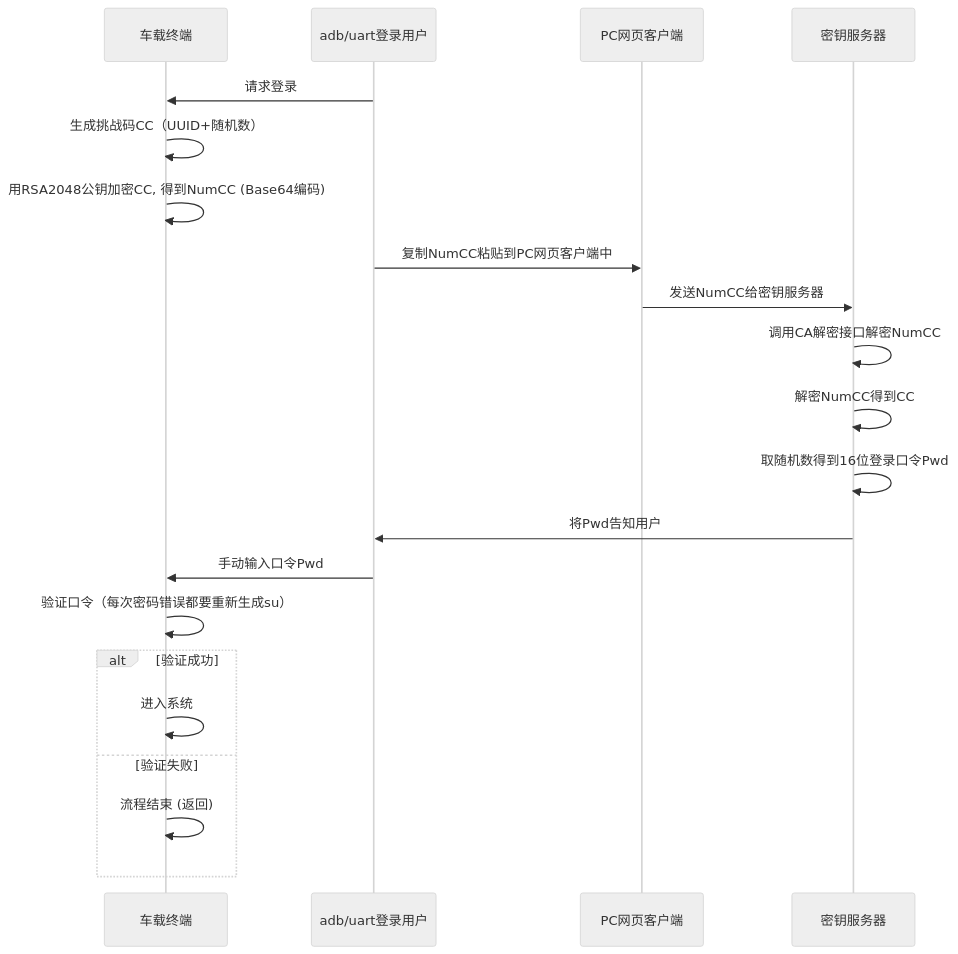
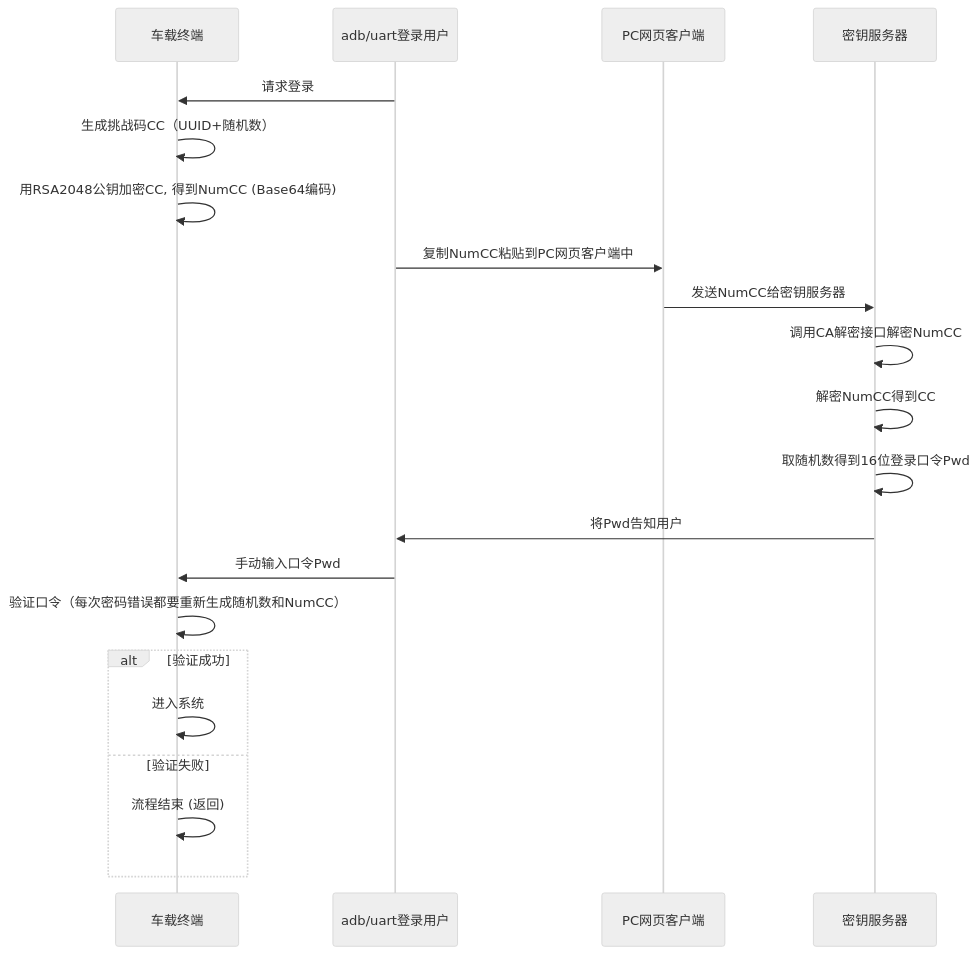
One commit to facebook-cloud/iodraw-files changed the diagram in all/未命名-16.md. Above: the diagram before and after it, drawn with Mermaid (neutral theme).

Commit message:
2026-02-05 18:00:50 update

````diff
--- a/all/未命名-16.md
+++ b/all/未命名-16.md
@@ -1,27 +1,27 @@
 ```mermaid
 sequenceDiagram
     participant tbox as 车载终端
     participant user as adb/uart登录用户
     participant pc as PC网页客户端
     participant tech_center as 密钥服务器
   
 
     user->>tbox: 请求登录
     tbox->>tbox: 生成挑战码CC（UUID+随机数）
     tbox->>tbox: 用RSA2048公钥加密CC, 得到NumCC (Base64编码)
     user->>pc: 复制NumCC粘贴到PC网页客户端中
     pc->>tech_center: 发送NumCC给密钥服务器
     tech_center->>tech_center: 调用CA解密接口解密NumCC
     tech_center->>tech_center: 解密NumCC得到CC
     tech_center->>tech_center: 取随机数得到16位登录口令Pwd
     tech_center->>user: 将Pwd告知用户
     user->>tbox: 手动输入口令Pwd
-    tbox->>tbox: 验证口令（每次密码错误都要重新生成su）
+    tbox->>tbox: 验证口令（每次密码错误都要重新生成随机数和NumCC）
     alt 验证成功
         tbox->>tbox: 进入系统
     else 验证失败
         tbox->>tbox: 流程结束 (返回)
     end
 
 
 ```
````
